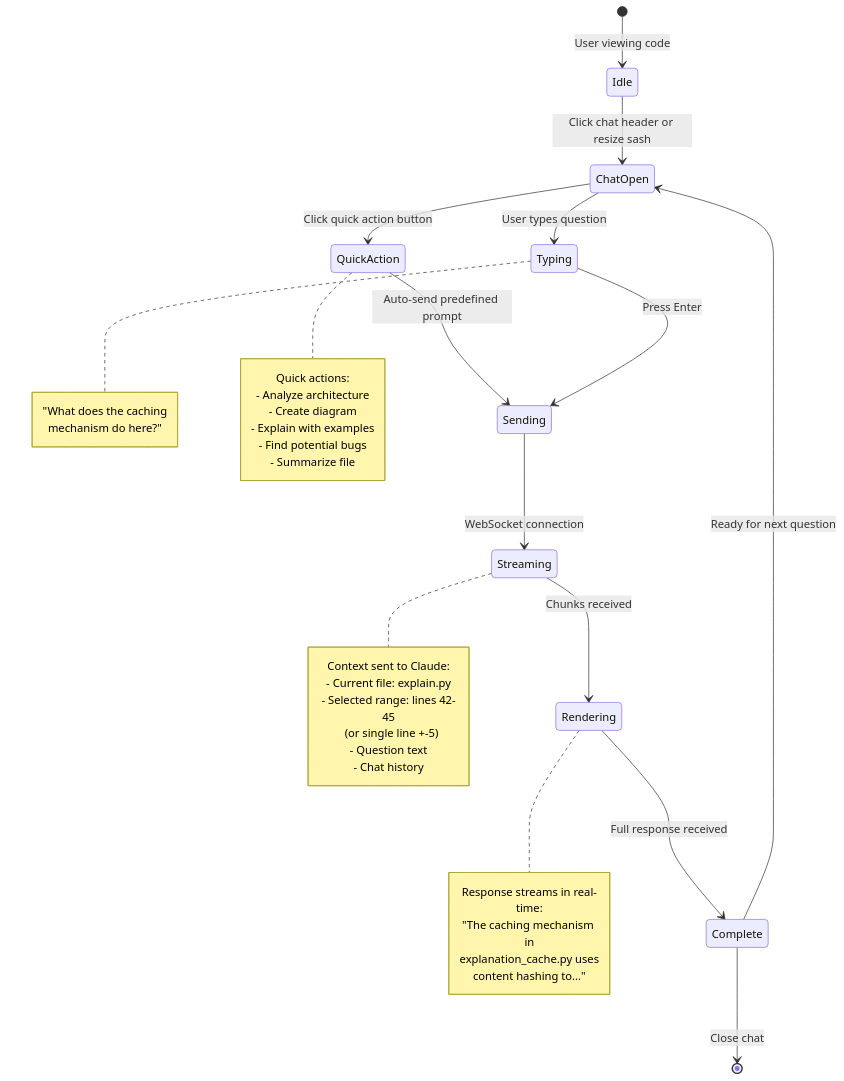
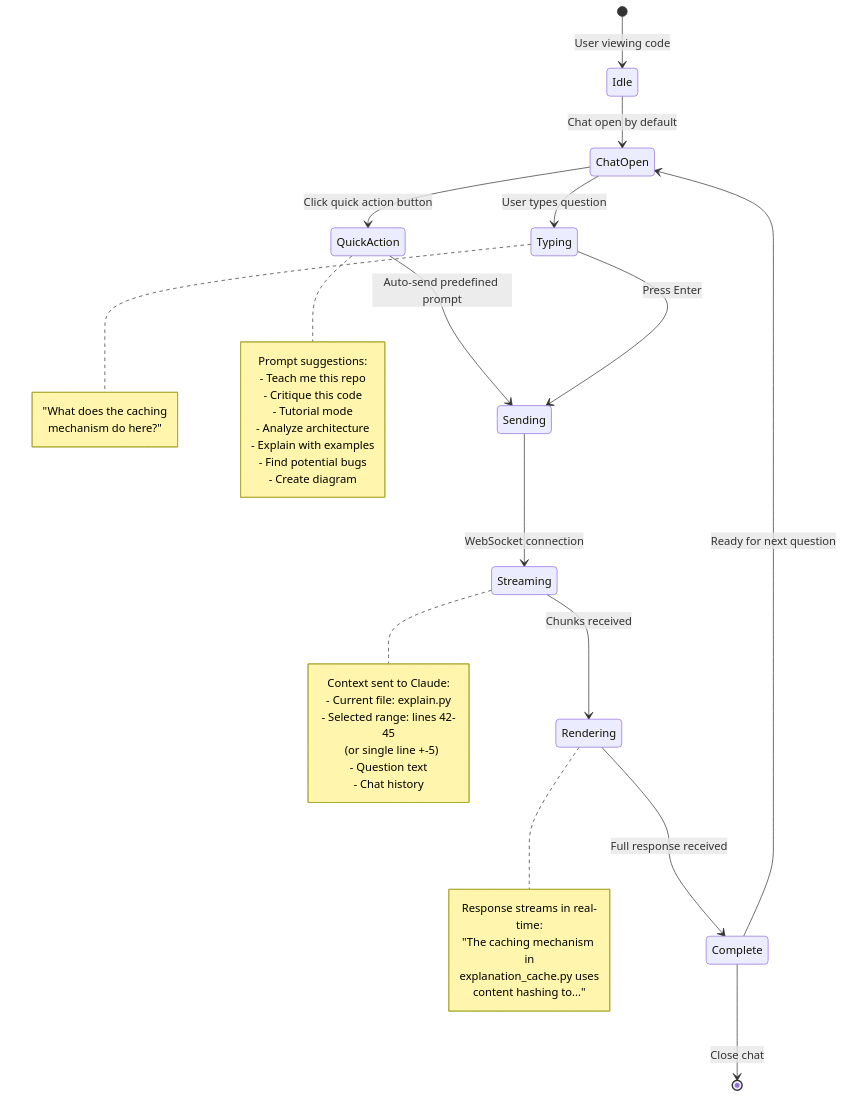
Before and after one commit to alexs42/BioCodeTeacher: the fifth of 7 diagrams in SYSTEM_OVERVIEW.md, drawn with Mermaid. The commit also changed other lines of this file and 7 other files, not shown here.

First line of the commit message:
v0.43: Chat open by default, educational prompts, build hardening

````diff
--- a/SYSTEM_OVERVIEW.md
+++ b/SYSTEM_OVERVIEW.md
@@ -164,33 +164,33 @@
 ```mermaid
 stateDiagram-v2
     [*] --> Idle: User viewing code
 
-    Idle --> ChatOpen: Click chat header or resize sash
+    Idle --> ChatOpen: Chat open by default
 
     ChatOpen --> QuickAction: Click quick action button
     ChatOpen --> Typing: User types question
     note right of Typing
         "What does the caching<br/>mechanism do here?"
     end note
     note right of QuickAction
-        Quick actions:<br/>- Analyze architecture<br/>- Create diagram<br/>- Explain with examples<br/>- Find potential bugs<br/>- Summarize file
+        Prompt suggestions:<br/>- Teach me this repo<br/>- Critique this code<br/>- Tutorial mode<br/>- Analyze architecture<br/>- Explain with examples<br/>- Find potential bugs<br/>- Create diagram
     end note
 
     QuickAction --> Sending: Auto-send predefined prompt
     Typing --> Sending: Press Enter
 
     Sending --> Streaming: WebSocket connection
     note right of Streaming
         Context sent to Claude:<br/>- Current file: explain.py<br/>- Selected range: lines 42-45<br/>  (or single line +-5)<br/>- Question text<br/>- Chat history
     end note
 
     Streaming --> Rendering: Chunks received
     note right of Rendering
         Response streams in real-time:<br/>"The caching mechanism in<br/>explanation_cache.py uses<br/>content hashing to..."
     end note
 
     Rendering --> Complete: Full response received
 
     Complete --> ChatOpen: Ready for next question
     Complete --> [*]: Close chat
 ```
````
